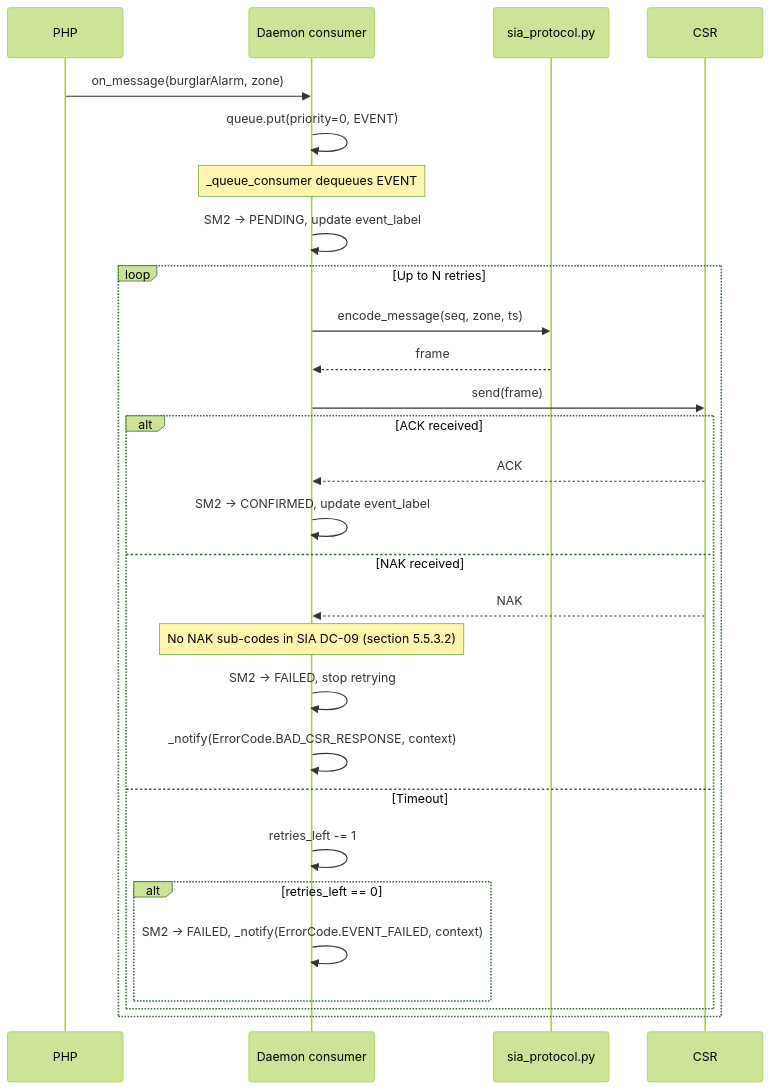
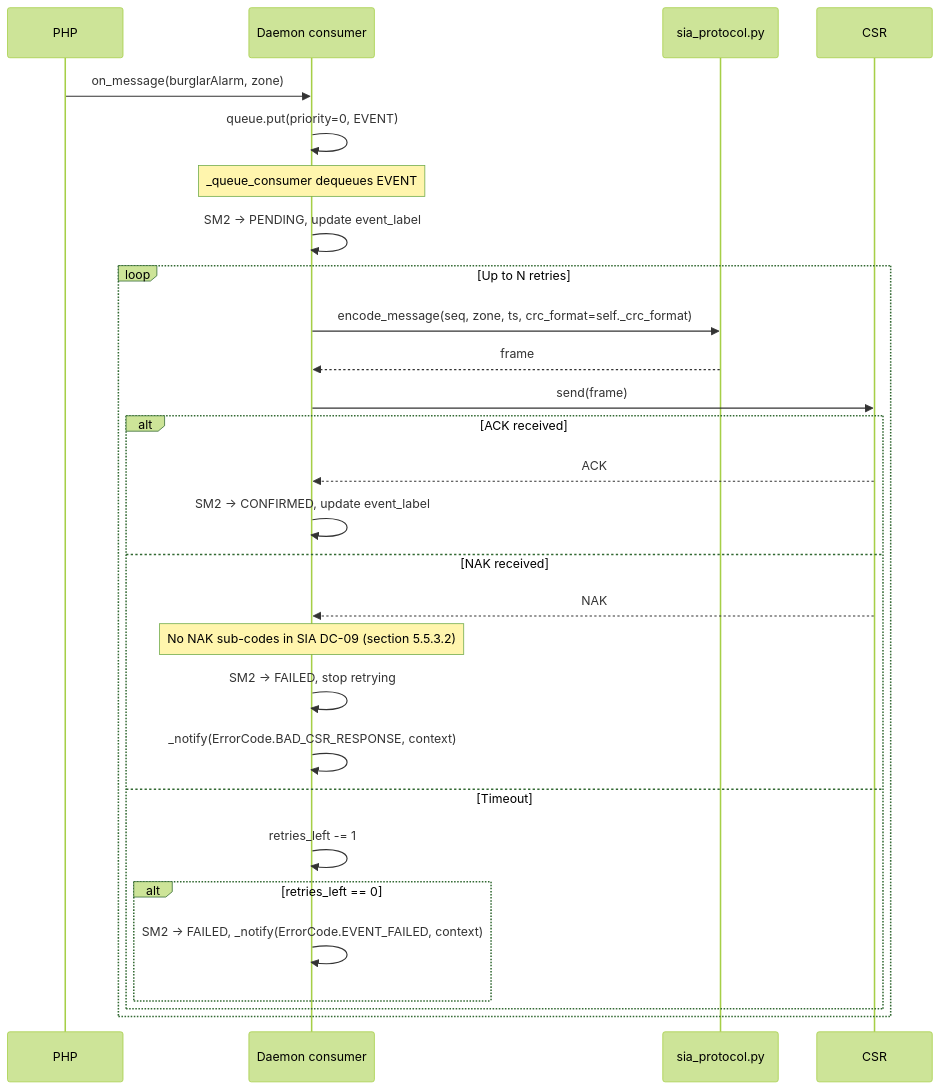
The fifth of 6 diagrams in docs/design/daemon-design.md (hlehoux2021/siadc09), drawn with Mermaid (forest theme) before and after one commit. The commit also changed other lines of this file and 8 other files, not shown here.

````diff
--- a/docs/design/daemon-design.md
+++ b/docs/design/daemon-design.md
@@ -782,33 +858,33 @@
 ```mermaid
 sequenceDiagram
     participant PHP as PHP
     participant D as Daemon consumer
     participant P as sia_protocol.py
     participant CSR as CSR
 
     PHP->>D: on_message(burglarAlarm, zone)
     D->>D: queue.put(priority=0, EVENT)
     Note over D: _queue_consumer dequeues EVENT
     D->>D: SM2 → PENDING, update event_label
 
     loop Up to N retries
-        D->>P: encode_message(seq, zone, ts)
+        D->>P: encode_message(seq, zone, ts, crc_format=self._crc_format)
         P-->>D: frame
         D->>CSR: send(frame)
 
         alt ACK received
             CSR-->>D: ACK
             D->>D: SM2 → CONFIRMED, update event_label
         else NAK received
             CSR-->>D: NAK
             Note over D: No NAK sub-codes in SIA DC-09 (section 5.5.3.2)
             D->>D: SM2 → FAILED, stop retrying
             D->>D: _notify(ErrorCode.BAD_CSR_RESPONSE, context)
         else Timeout
             D->>D: retries_left -= 1
             alt retries_left == 0
                 D->>D: SM2 → FAILED, _notify(ErrorCode.EVENT_FAILED, context)
             end
         end
     end
 ```
````
